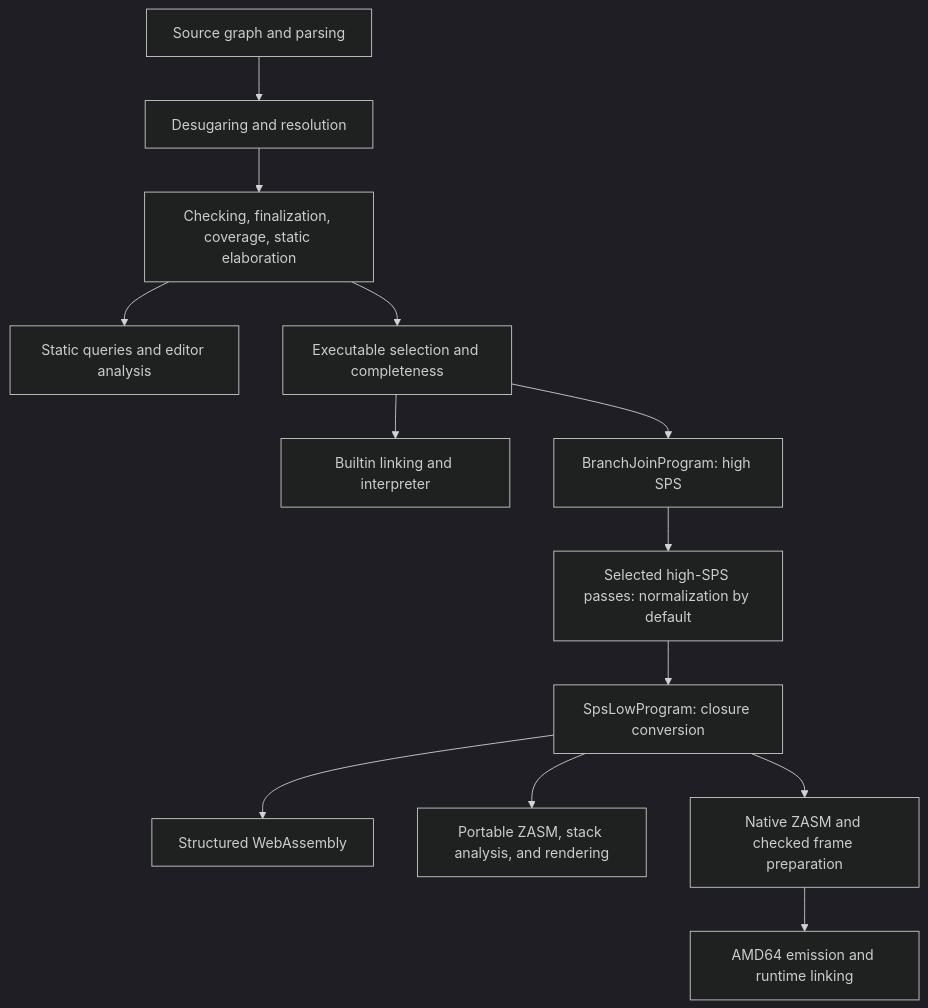
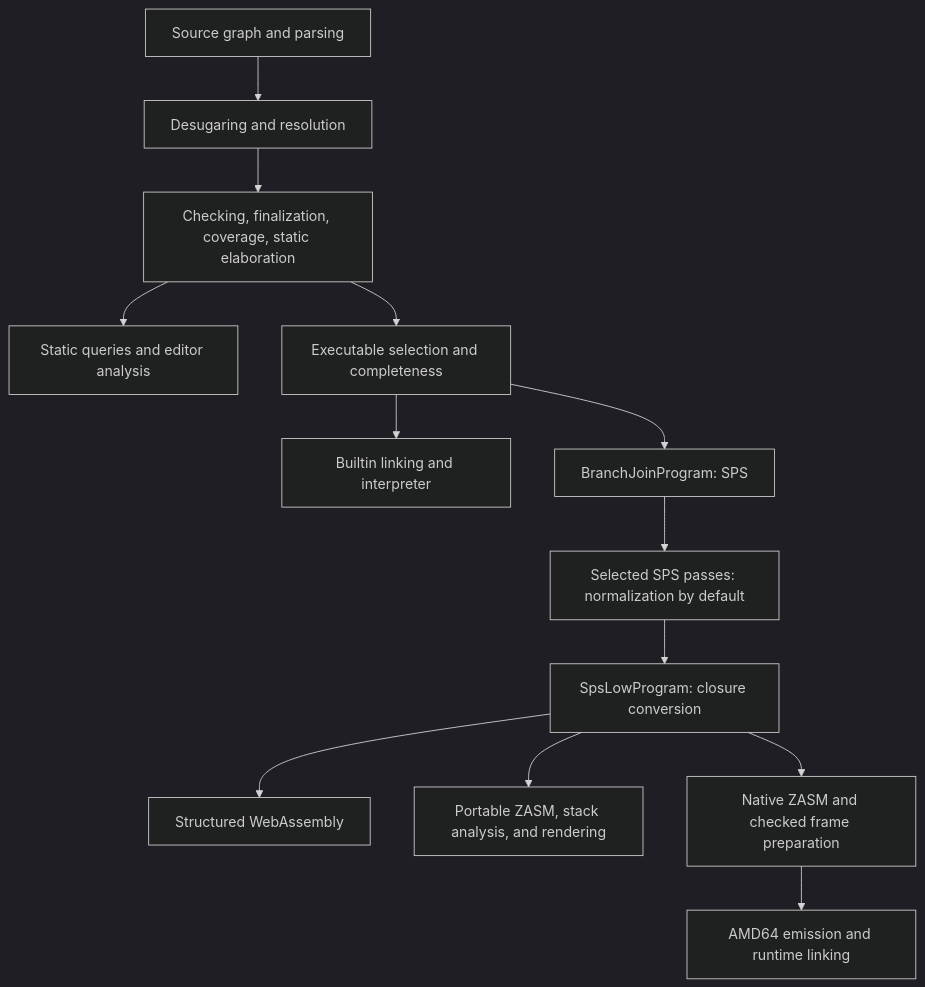
Before and after one commit to zydeco-lang/zydeco: the diagram in docs/references/compiler.md, drawn with Mermaid (dark theme). The commit also changed other lines of this file and 47 other files, not shown here.

Commit message:
sisy: name the high stack ir level sps

````diff
--- a/docs/references/compiler.md
+++ b/docs/references/compiler.md
@@ -42,15 +42,15 @@
 ```mermaid
 flowchart TD
     Sources[Source graph and parsing] --> Frontend[Desugaring and resolution]
     Frontend --> Statics[Checking, finalization, coverage, static elaboration]
     Statics --> Queries[Static queries and editor analysis]
     Statics --> Entry[Executable selection and completeness]
     Entry --> Dynamics[Builtin linking and interpreter]
-    Entry --> High[BranchJoinProgram: high SPS]
-    High --> Normalize[Selected high-SPS passes: normalization by default]
+    Entry --> Sps[BranchJoinProgram: SPS]
+    Sps --> Normalize[Selected SPS passes: normalization by default]
     Normalize --> Low[SpsLowProgram: closure conversion]
-    Low --> SPS[Structured WebAssembly]
+    Low --> Wasm[Structured WebAssembly]
     Low --> Portable[Portable ZASM, stack analysis, and rendering]
     Low --> Native[Native ZASM and checked frame preparation]
     Native --> AMD64[AMD64 emission and runtime linking]
 ```
````
